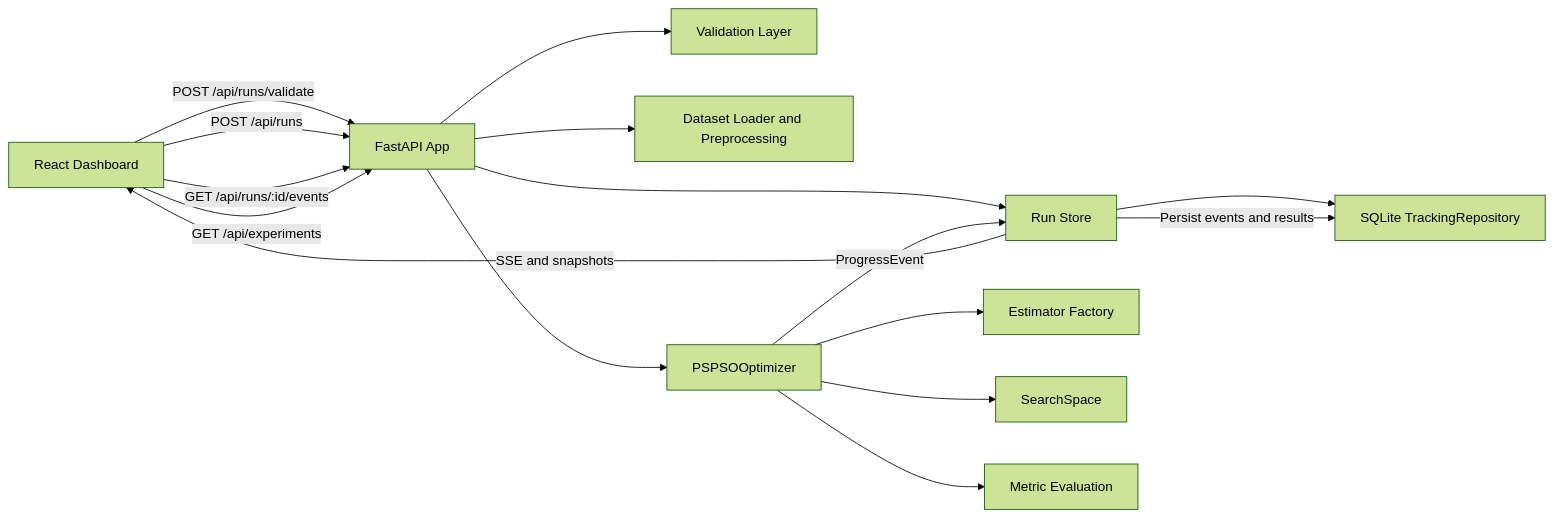
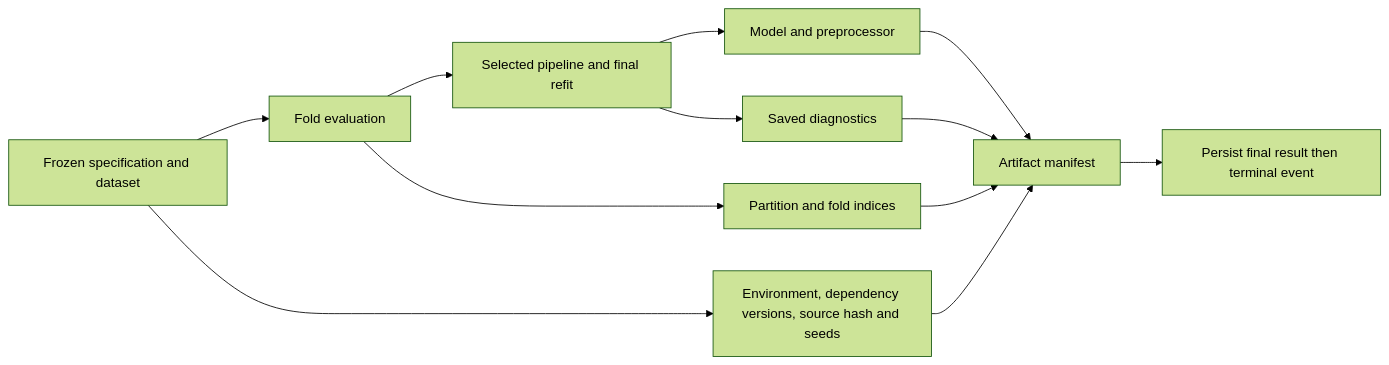
Before and after one commit to ayhaidar/pspso: the fifth of 5 diagrams in docs/development/architecture.md, drawn with Mermaid (forest theme). The commit also changed other lines of this file and 178 other files, not shown here.

````diff
--- a/docs/development/architecture.md
+++ b/docs/development/architecture.md
@@ -12,18 +102,14 @@
 ```mermaid
 flowchart LR
-    A[React Dashboard] -->|POST /api/runs/validate| B[FastAPI App]
-    A -->|POST /api/runs| B
-    A -->|GET /api/runs/:id/events| B
-    A -->|GET /api/experiments| B
-    B --> C[Validation Layer]
-    B --> D[Run Store]
-    D --> E[SQLite TrackingRepository]
-    B --> F[Dataset Loader and Preprocessing]
-    B --> G[PSPSOOptimizer]
-    G --> H[Estimator Factory]
-    G --> I[SearchSpace]
-    G --> J[Metric Evaluation]
-    G -->|ProgressEvent| D
-    D -->|Persist events and results| E
-    D -->|SSE and snapshots| A
+    S[Frozen specification and dataset] --> E[Fold evaluation]
+    E --> R[Selected pipeline and final refit]
+    R --> M[Model and preprocessor]
+    R --> D[Saved diagnostics]
+    E --> I[Partition and fold indices]
+    S --> P[Environment, dependency versions, source hash and seeds]
+    M --> A[Artifact manifest]
+    D --> A
+    I --> A
+    P --> A
+    A --> F[Persist final result then terminal event]
 ```
````
